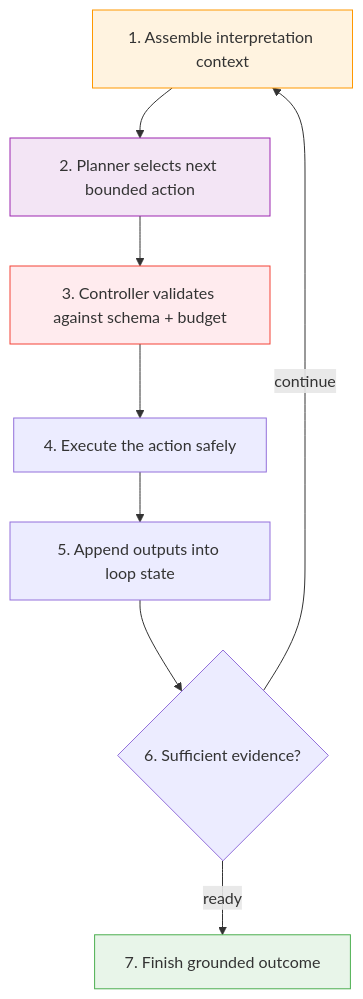
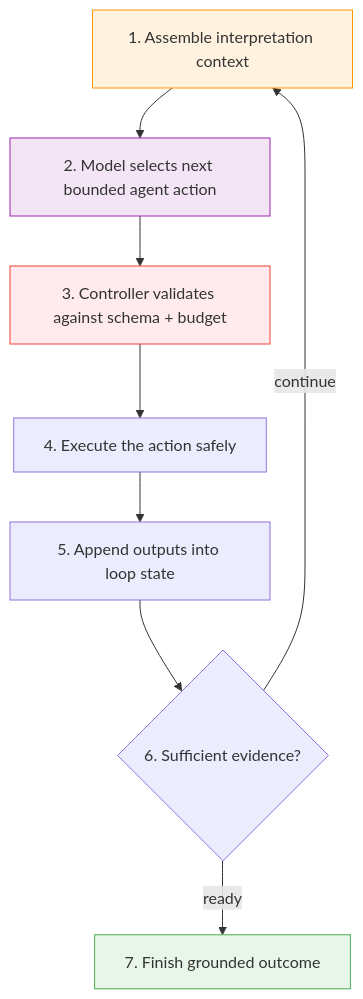
Before and after one commit to spoke-sh/paddles: the second of 3 diagrams in ARCHITECTURE.md, drawn with Mermaid. The commit also changed other lines of this file and 17 other files, not shown here.

````diff
--- a/ARCHITECTURE.md
+++ b/ARCHITECTURE.md
@@ -410,19 +432,19 @@
 ```mermaid
 flowchart TD
     A["1. Assemble interpretation context"]
-    B["2. Planner selects next bounded action"]
+    B["2. Model selects next bounded agent action"]
     C["3. Controller validates against schema + budget"]
     D["4. Execute the action safely"]
     E["5. Append outputs into loop state"]
     F{"6. Sufficient evidence?"}
     G["7. Finish grounded outcome"]
 
     A --> B --> C --> D --> E --> F
     F -->|"continue"| A
     F -->|"ready"| G
 
     style A fill:#fff3e0,stroke:#FF9800
     style B fill:#f3e5f5,stroke:#9C27B0
     style C fill:#ffebee,stroke:#f44336
     style G fill:#e8f5e9,stroke:#4CAF50
 ```
````
